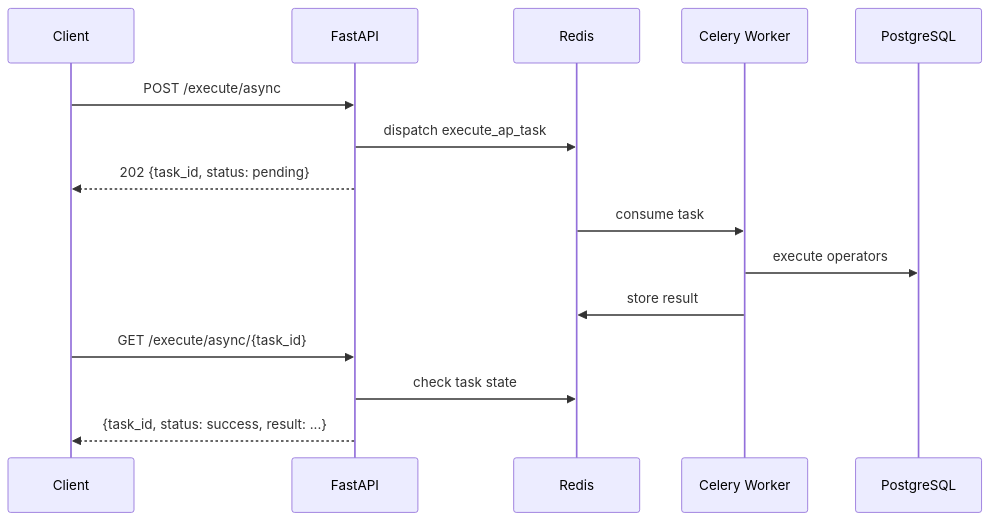
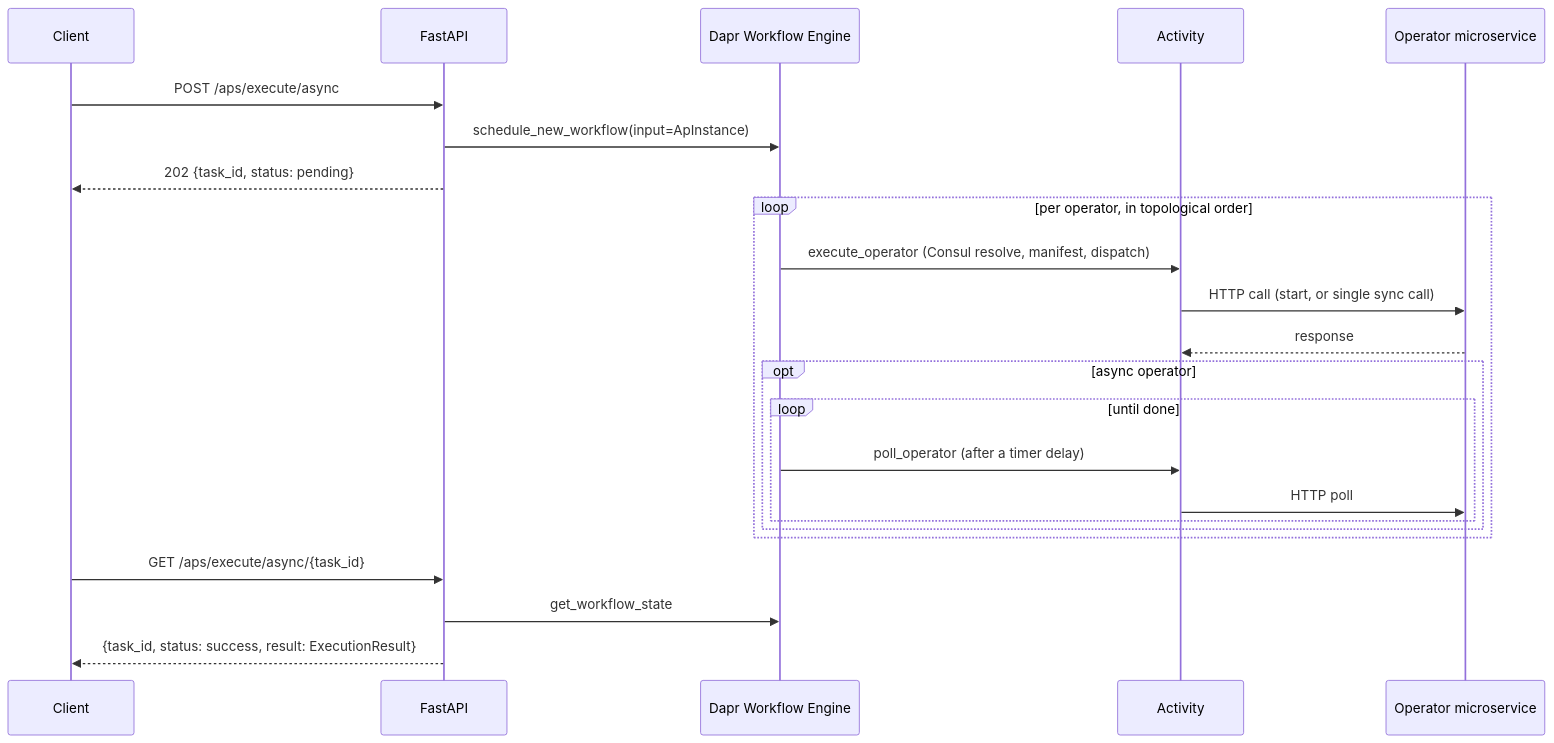
One commit to SoTrx/ap-executor changed the diagram in docs/docs/architecture.md. Above: the diagram before and after it, drawn with Mermaid. The commit also changed other lines of this file and 99 other files, not shown here.

````diff
--- a/docs/docs/architecture.md
+++ b/docs/docs/architecture.md
@@ -38,20 +55,28 @@
 ```mermaid
 sequenceDiagram
     participant Client
     participant API as FastAPI
-    participant Redis
-    participant Worker as Celery Worker
-    participant PG as PostgreSQL
+    participant WF as Dapr Workflow Engine
+    participant Activity as Activity
+    participant Operator as Operator microservice
 
-    Client->>API: POST /execute/async
-    API->>Redis: dispatch execute_ap_task
+    Client->>API: POST /aps/execute/async
+    API->>WF: schedule_new_workflow(input=ApInstance)
     API-->>Client: 202 {task_id, status: pending}
 
-    Redis->>Worker: consume task
-    Worker->>PG: execute operators
-    Worker->>Redis: store result
+    loop per operator, in topological order
+        WF->>Activity: execute_operator (Consul resolve, manifest, dispatch)
+        Activity->>Operator: HTTP call (start, or single sync call)
+        Operator-->>Activity: response
+        opt async operator
+            loop until done
+                WF->>Activity: poll_operator (after a timer delay)
+                Activity->>Operator: HTTP poll
+            end
+        end
+    end
 
-    Client->>API: GET /execute/async/{task_id}
-    API->>Redis: check task state
-    API-->>Client: {task_id, status: success, result: ...}
+    Client->>API: GET /aps/execute/async/{task_id}
+    API->>WF: get_workflow_state
+    API-->>Client: {task_id, status: success, result: ExecutionResult}
 ```
````
